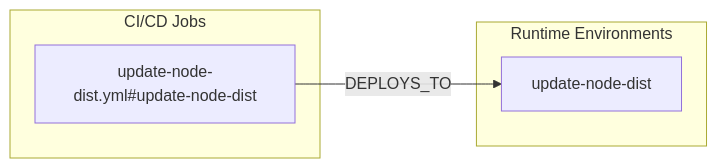
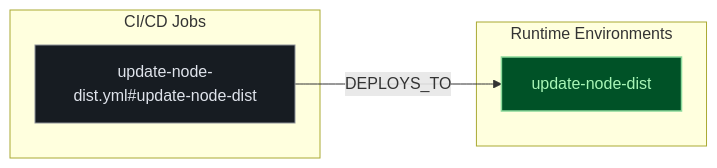
Before and after one commit to kumarshaz/atruss-code-atlas: the second of 3 diagrams in exports/latest/reports/nextcloud-activity-report.md, drawn with Mermaid. The commit also changed other lines of this file and 331 other files, not shown here.

Commit message:
docs,ui,fix: update SDLC docs, reorder CI/CD DAG first, stylize Mermaid, and fix Arc42 pipeline topology

````diff
--- a/exports/latest/reports/nextcloud-activity-report.md
+++ b/exports/latest/reports/nextcloud-activity-report.md
@@ -198,10 +205,14 @@
 ```mermaid
 flowchart LR
+    classDef atlasCategory fill:#212428,stroke:#E87A48,stroke-width:1.5px,color:#dfe3eb
+    classDef atlasWorkflow fill:#1b2026,stroke:#a3c9ff,stroke-width:1.5px,color:#dfe3eb
+    classDef atlasJob fill:#171c22,stroke:#8d9199,stroke-width:1px,color:#dfe3eb
+    classDef atlasTarget fill:#005227,stroke:#8bd99b,stroke-width:1.5px,color:#a7f6b6
     subgraph ci_jobs["CI/CD Jobs"]
-        job_update_node_dist_yml_update_node_dist["update-node-dist.yml#update-node-dist"]
+        job_update_node_dist_yml_update_node_dist["update-node-dist.yml#update-node-dist"]:::atlasJob
     end
     subgraph runtime_envs["Runtime Environments"]
-        env_update_node_dist["update-node-dist"]
+        env_update_node_dist["update-node-dist"]:::atlasTarget
     end
     job_update_node_dist_yml_update_node_dist -->|DEPLOYS_TO| env_update_node_dist
 ```
````
